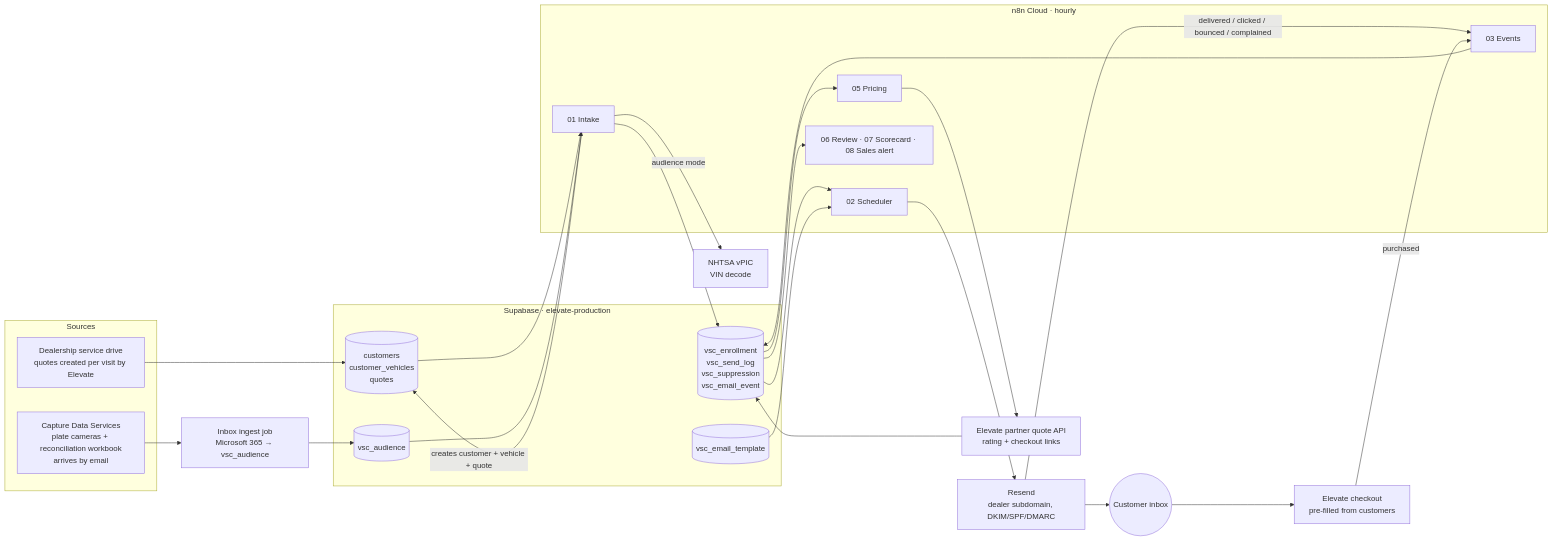
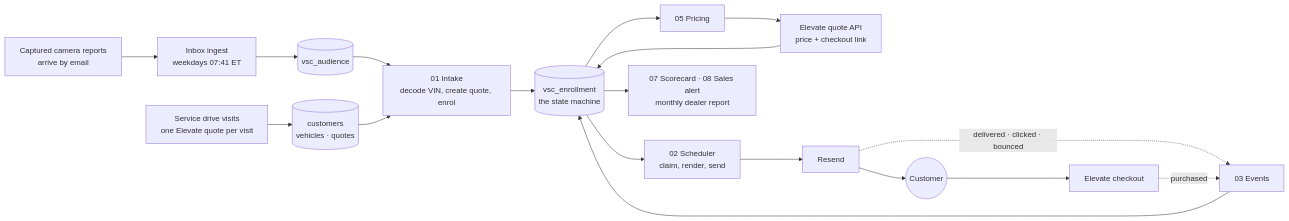
Before and after one commit to insureifyRyan/driveone-design-system: the diagram in docs/HANDOFF.md, drawn with Mermaid.

Commit message:
Handoff: simpler system map and the people section
Claude-Session: https://claude.ai/code/session_0158U6BoPfsoyan8wM2XwdTa

````diff
--- a/docs/HANDOFF.md
+++ b/docs/HANDOFF.md
@@ -25,42 +25,14 @@
 ```mermaid
 flowchart LR
-  subgraph SRC[Sources]
-    DMS[Dealership service drive<br/>quotes created per visit by Elevate]
-    CAP[Capture Data Services<br/>plate cameras + reconciliation workbook<br/>arrives by email]
-  end
-  subgraph SB[Supabase · elevate-production]
-    APP[(customers<br/>customer_vehicles<br/>quotes)]
-    AUD[(vsc_audience)]
-    ENR[(vsc_enrollment<br/>vsc_send_log<br/>vsc_suppression<br/>vsc_email_event)]
-    TPL[(vsc_email_template)]
-  end
-  subgraph N8[n8n Cloud · hourly]
-    I[01 Intake]
-    P[05 Pricing]
-    S[02 Scheduler]
-    E[03 Events]
-    R[06 Review · 07 Scorecard · 08 Sales alert]
-  end
-  API[Elevate partner quote API<br/>rating + checkout links]
-  RS[Resend<br/>dealer subdomain, DKIM/SPF/DMARC]
-  CUST((Customer inbox))
-  CHK[Elevate checkout<br/>pre-filled from customers]
-  ING[Inbox ingest job<br/>Microsoft 365 → vsc_audience]
-  NHTSA[NHTSA vPIC<br/>VIN decode]
-
-  DMS --> APP
-  CAP --> ING --> AUD
+  CAP[Captured camera reports<br/>arrive by email] --> ING[Inbox ingest<br/>weekdays 07:41 ET] --> AUD[(vsc_audience)]
+  DMS[Service drive visits<br/>one Elevate quote per visit] --> APP[(customers<br/>vehicles · quotes)]
+  AUD --> I[01 Intake<br/>decode VIN, create quote, enrol]
   APP --> I
-  AUD --> I
-  I -- audience mode --> NHTSA
-  I -- creates customer + vehicle + quote --> APP
-  I --> ENR
-  ENR --> P --> API --> ENR
-  ENR --> S
-  TPL --> S
-  S --> RS --> CUST --> CHK
-  RS -- delivered / clicked / bounced / complained --> E
-  CHK -- purchased --> E
+  I --> ENR[(vsc_enrollment<br/>the state machine)]
+  ENR --> P[05 Pricing] --> API[Elevate quote API<br/>price + checkout link] --> ENR
+  ENR --> S[02 Scheduler<br/>claim, render, send] --> RS[Resend] --> CUST((Customer)) --> CHK[Elevate checkout]
+  RS -. delivered · clicked · bounced .-> E[03 Events]
+  CHK -. purchased .-> E
   E --> ENR
-  ENR --> R
+  ENR --> R[07 Scorecard · 08 Sales alert<br/>monthly dealer report]
 ```
````
